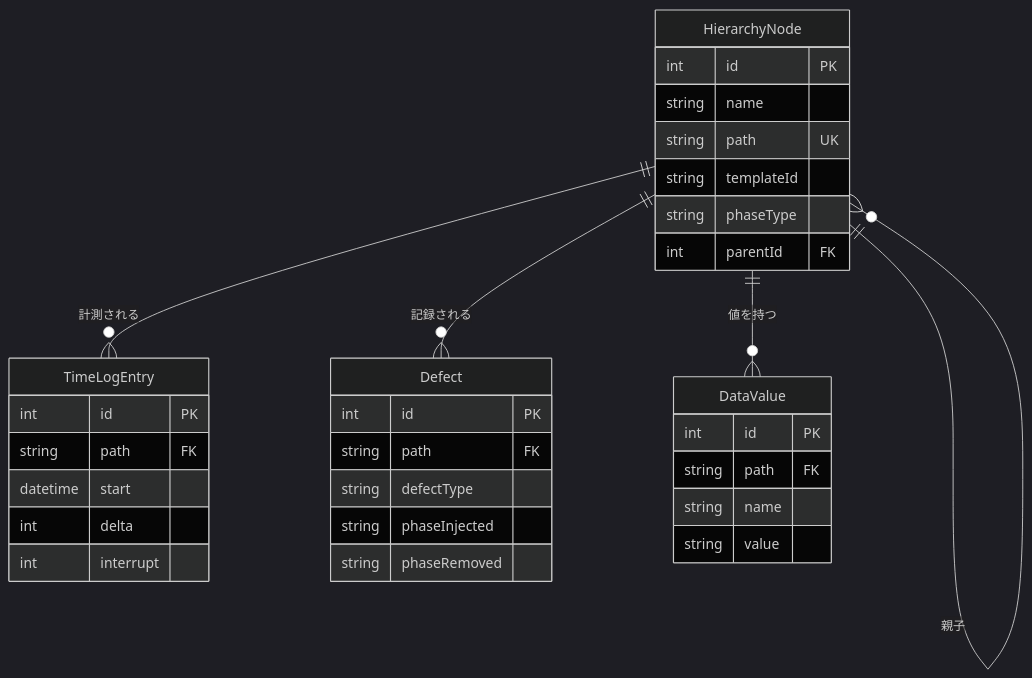
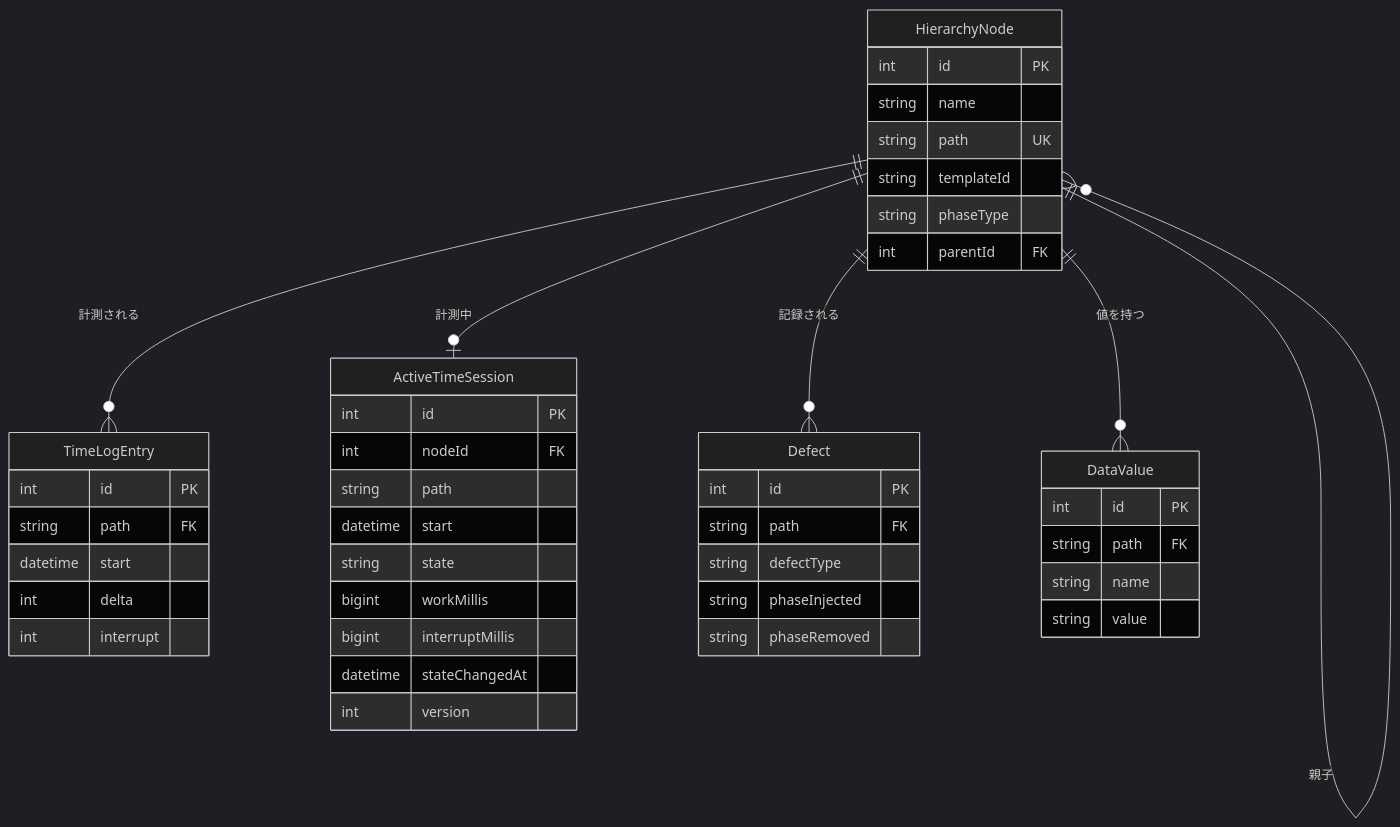
Before and after one commit to ChestnutForest/processloop: the third of 4 diagrams in docs/phase1/arc-architecture.md, drawn with Mermaid (dark theme). The commit also changed other lines of this file and 5 other files, not shown here.

````diff
--- a/docs/phase1/arc-architecture.md
+++ b/docs/phase1/arc-architecture.md
@@ -239,36 +240,48 @@
 ```mermaid
 erDiagram
     HierarchyNode ||--o{ HierarchyNode : "親子"
     HierarchyNode ||--o{ TimeLogEntry : "計測される"
+    HierarchyNode ||--o| ActiveTimeSession : "計測中"
     HierarchyNode ||--o{ Defect : "記録される"
     HierarchyNode ||--o{ DataValue : "値を持つ"
 
     HierarchyNode {
         int id PK
         string name
         string path UK
         string templateId
         string phaseType
         int parentId FK
     }
     TimeLogEntry {
         int id PK
         string path FK
         datetime start
         int delta
         int interrupt
     }
+    ActiveTimeSession {
+        int id PK
+        int nodeId FK
+        string path
+        datetime start
+        string state
+        bigint workMillis
+        bigint interruptMillis
+        datetime stateChangedAt
+        int version
+    }
     Defect {
         int id PK
         string path FK
         string defectType
         string phaseInjected
         string phaseRemoved
     }
     DataValue {
         int id PK
         string path FK
         string name
         string value
     }
 ```
````
